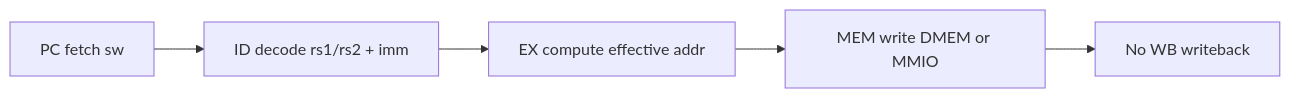
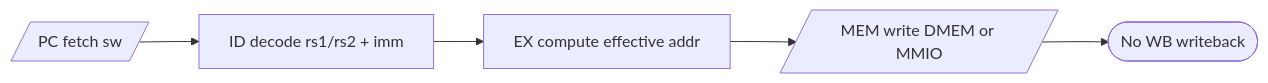
Before and after one commit to ngoquocan139/AES_huffman_all6: the third of 3 diagrams in docs/rv32i_instruction_mem_to_pipeline_flow_spec.md, drawn with Mermaid. The commit also changed other lines of this file and 28 other files, not shown here.

````diff
--- a/docs/rv32i_instruction_mem_to_pipeline_flow_spec.md
+++ b/docs/rv32i_instruction_mem_to_pipeline_flow_spec.md
@@ -390,7 +390,7 @@
 ```mermaid
 flowchart LR
-  A["PC fetch sw"] --> B["ID decode rs1/rs2 + imm"]
+  A[/"PC fetch sw"/] --> B["ID decode rs1/rs2 + imm"]
   B --> C["EX compute effective addr"]
-  C --> D["MEM write DMEM or MMIO"]
-  D --> E["No WB writeback"]
+  C --> D[/"MEM write DMEM or MMIO"/]
+  D --> E(["No WB writeback"])
 ```
````
